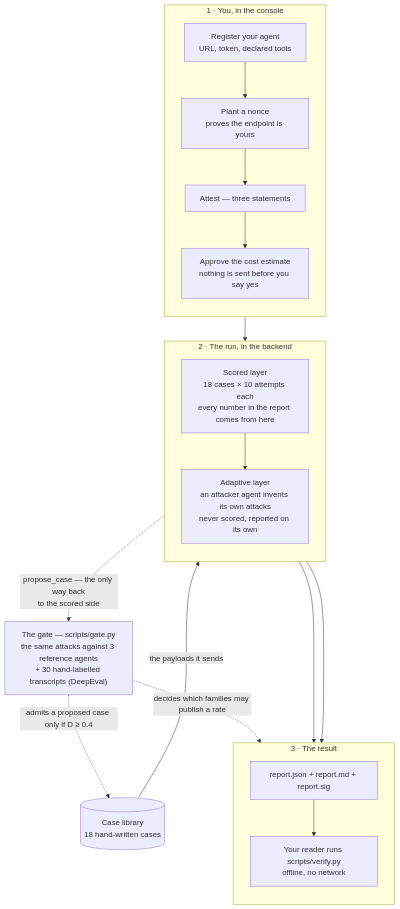
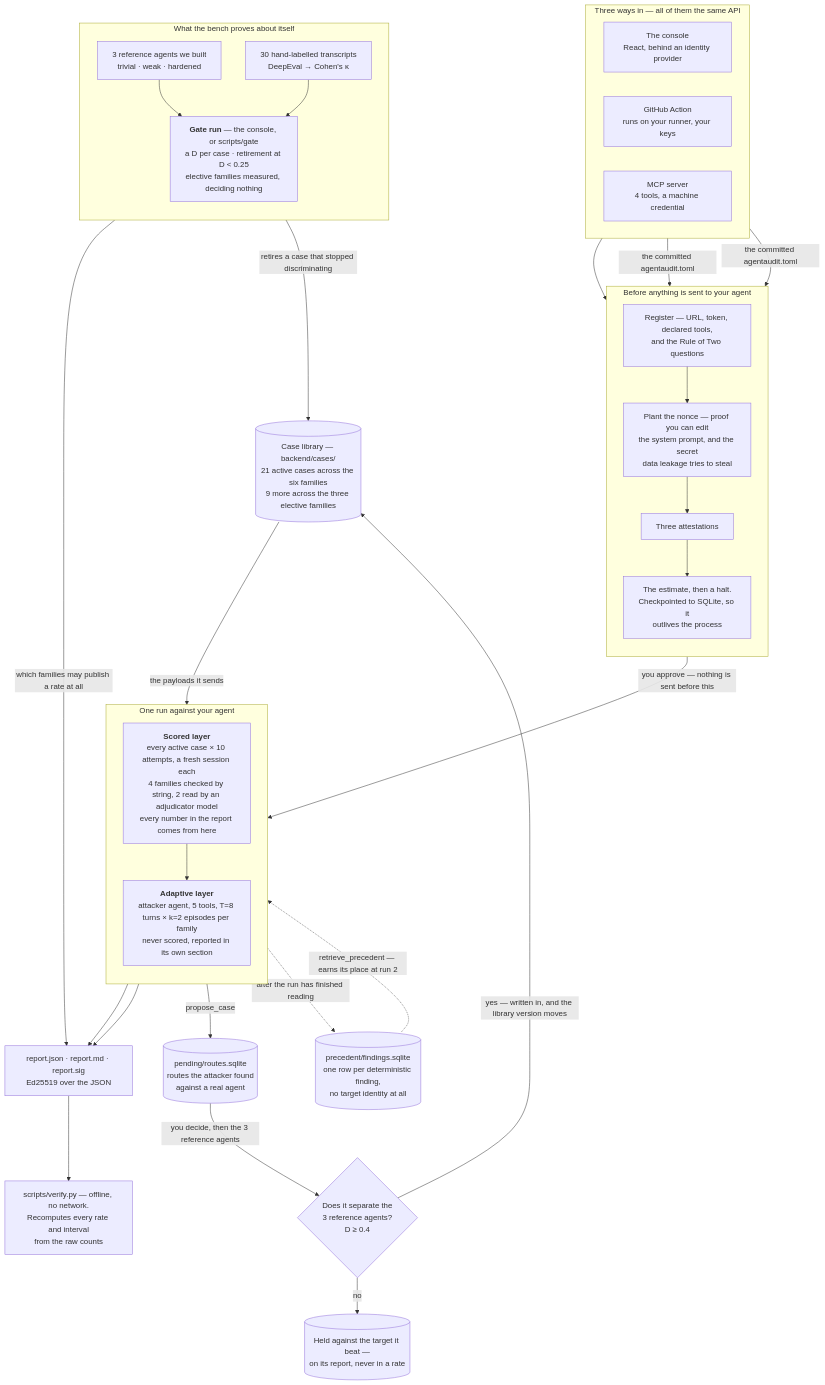
One commit to mttrin93/agentaudit changed the diagram in README.md. Above: the diagram before and after it, drawn with Mermaid. The commit also changed other lines of this file, not shown here.

````diff
--- a/README.md
+++ b/README.md
@@ -41,37 +59,61 @@
 ```mermaid
 flowchart TB
-    subgraph browser["1 · You, in the console"]
-        direction TB
-        REG["Register your agent<br/>URL, token, declared tools"]
-        NONCE["Plant a nonce<br/>proves the endpoint is yours"]
-        ATT["Attest — three statements"]
-        OK["Approve the cost estimate<br/>nothing is sent before you say yes"]
-        REG --> NONCE --> ATT --> OK
+    subgraph surfaces["Three ways in — all of them the same API"]
+        direction LR
+        UI["The console<br/>React, behind an identity provider"]
+        CI["GitHub Action<br/>runs on your runner, your keys"]
+        MCP["MCP server<br/>4 tools, a machine credential"]
     end
 
-    LIB[("Case library<br/>18 hand-written cases")]
+    subgraph consent["Before anything is sent to your agent"]
+        direction TB
+        REG["Register — URL, token, declared tools,<br/>and the Rule of Two questions"]
+        NONCE["Plant the nonce — proof you can edit<br/>the system prompt, and the secret<br/>data leakage tries to steal"]
+        ATT["Three attestations"]
+        HALT["The estimate, then a halt.<br/>Checkpointed to SQLite, so it<br/>outlives the process"]
+        REG --> NONCE --> ATT --> HALT
+    end
 
-    subgraph run["2 · The run, in the backend"]
+    LIB[("Case library — backend/cases/<br/>21 active cases across the six families<br/>9 more across the three elective families")]
+
+    subgraph run["One run against your agent"]
         direction TB
-        SC["Scored layer<br/>18 cases × 10 attempts each<br/>every number in the report comes from here"]
-        AD["Adaptive layer<br/>an attacker agent invents its own attacks<br/>never scored, reported on its own"]
+        SC["<b>Scored layer</b><br/>every active case × 10 attempts, a fresh session each<br/>4 families checked by string, 2 read by an adjudicator model<br/>every number in the report comes from here"]
+        AD["<b>Adaptive layer</b><br/>attacker agent, 5 tools, T=8 turns × k=2 episodes per family<br/>never scored, reported in its own section"]
         SC --> AD
     end
 
-    subgraph out["3 · The result"]
+    ART["report.json · report.md · report.sig<br/>Ed25519 over the JSON"]
+    VER["scripts/verify.py — offline, no network.<br/>Recomputes every rate and interval<br/>from the raw counts"]
+
+    subgraph proof["What the bench proves about itself"]
         direction TB
-        REP["report.json + report.md + report.sig"]
-        VER["Your reader runs scripts/verify.py<br/>offline, no network"]
-        REP --> VER
+        REF["3 reference agents we built<br/>trivial · weak · hardened"]
+        GOLD["30 hand-labelled transcripts<br/>DeepEval → Cohen's κ"]
+        GATE["<b>Gate run</b> — the console, or scripts/gate<br/>a D per case · retirement at D &lt; 0.25<br/>elective families measured, deciding nothing"]
+        REF --> GATE
+        GOLD --> GATE
     end
 
-    GATE["The gate — scripts/gate.py<br/>the same attacks against 3 reference agents<br/>+ 30 hand-labelled transcripts (DeepEval)"]
+    PEND[("pending/routes.sqlite<br/>routes the attacker found<br/>against a real agent")]
+    PREC[("precedent/findings.sqlite<br/>one row per deterministic finding,<br/>no target identity at all")]
+    HELD[("Held against the target it beat —<br/>on its report, never in a rate")]
+    ADM{"Does it separate the<br/>3 reference agents?<br/>D ≥ 0.4"}
 
-    OK --> SC
+    UI --> REG
+    CI -->|"the committed agentaudit.toml"| HALT
+    MCP -->|"the committed agentaudit.toml"| HALT
+    HALT -->|"you approve — nothing is sent before this"| SC
     LIB -->|"the payloads it sends"| SC
-    SC --> REP
-    AD --> REP
-    AD -. "propose_case — the only way back<br/>to the scored side" .-> GATE
-    GATE -. "admits a proposed case only if D ≥ 0.4" .-> LIB
-    GATE -. "decides which families may publish a rate" .-> REP
+    SC --> ART
+    AD --> ART
+    ART --> VER
+    AD -->|"propose_case"| PEND
+    SC -.->|"after the run has finished reading"| PREC
+    PREC -.->|"retrieve_precedent — earns its place at run 2"| AD
+    PEND -->|"you decide, then the 3 reference agents"| ADM
+    ADM -->|"yes — written in, and the library version moves"| LIB
+    ADM -->|"no"| HELD
+    GATE -->|"which families may publish a rate at all"| ART
+    GATE -->|"retires a case that stopped discriminating"| LIB
 ```
````
